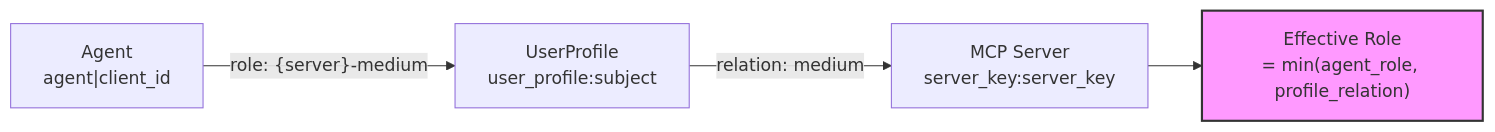
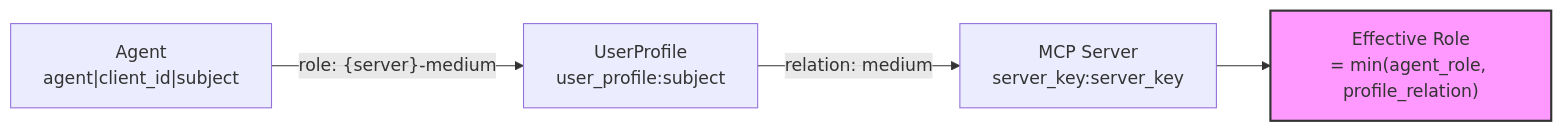
One commit to permitio/docs changed the seventh of 8 diagrams in docs/permit-mcp-gateway/architecture.mdx. Above: the diagram before and after it, drawn with Mermaid. The commit also changed other lines of this file and 126 other files, not shown here.

````diff
--- a/docs/permit-mcp-gateway/architecture.mdx
+++ b/docs/permit-mcp-gateway/architecture.mdx
@@ -397,13 +453,13 @@
 ```mermaid
 flowchart LR
-    Agent["Agent<br/>agent|client_id"]
+    Agent["Agent<br/>agent|client_id|subject"]
     Profile["UserProfile<br/>user_profile:subject"]
     Server["MCP Server<br/>server_key:server_key"]
     Result["Effective Role<br/>= min(agent_role, profile_relation)"]
 
     Agent -->|"role: {server}-medium"| Profile
     Profile -->|"relation: medium"| Server
     Server --> Result
 
     style Result fill:#f9f,stroke:#333,stroke-width:2px
 ```
````
